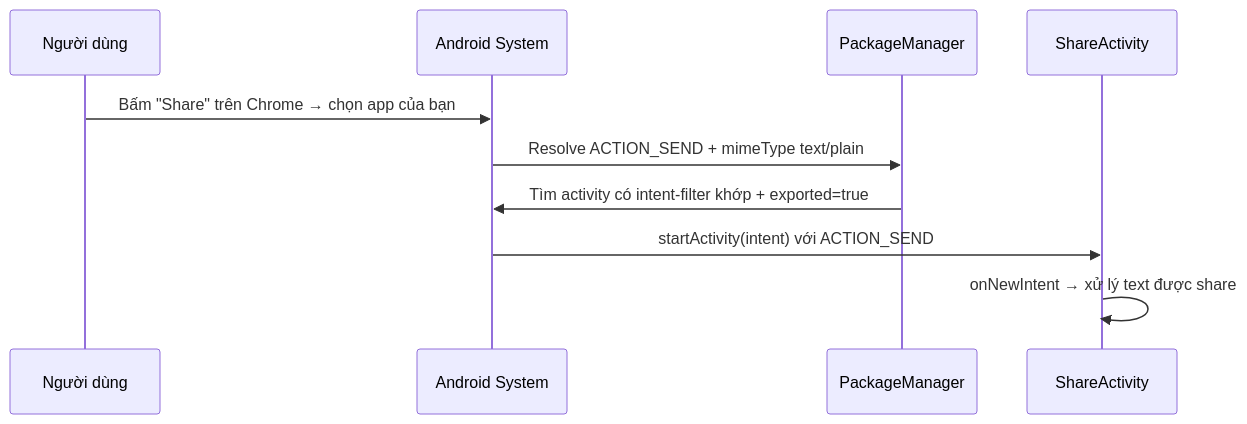
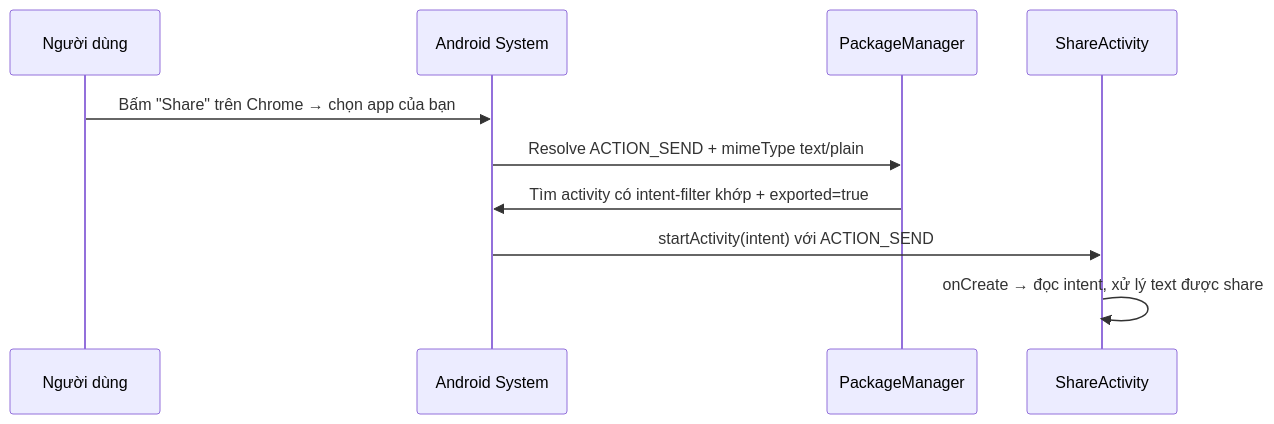
The seventh of 8 diagrams in knowledge/android/docs/session_04/android_manifest/tags.md (h1eu/knowledge), drawn with Mermaid before and after one commit. The commit also changed other lines of this file and 76 other files, not shown here.

First line of the commit message:
docs(android): add Compose Overview, fix S01–S05 facts and diagrams

````diff
--- a/knowledge/android/docs/session_04/android_manifest/tags.md
+++ b/knowledge/android/docs/session_04/android_manifest/tags.md
@@ -887,13 +918,13 @@
 ```mermaid
 sequenceDiagram
     participant User as Người dùng
     participant System as Android System
     participant PMS as PackageManager
     participant Share as ShareActivity
 
     User->>System: Bấm "Share" trên Chrome → chọn app của bạn
     System->>PMS: Resolve ACTION_SEND + mimeType text/plain
     PMS->>System: Tìm activity có intent-filter khớp + exported=true
     System->>Share: startActivity(intent) với ACTION_SEND
-    Share->>Share: onNewIntent → xử lý text được share
+    Share->>Share: onCreate → đọc intent, xử lý text được share
 ```
````
